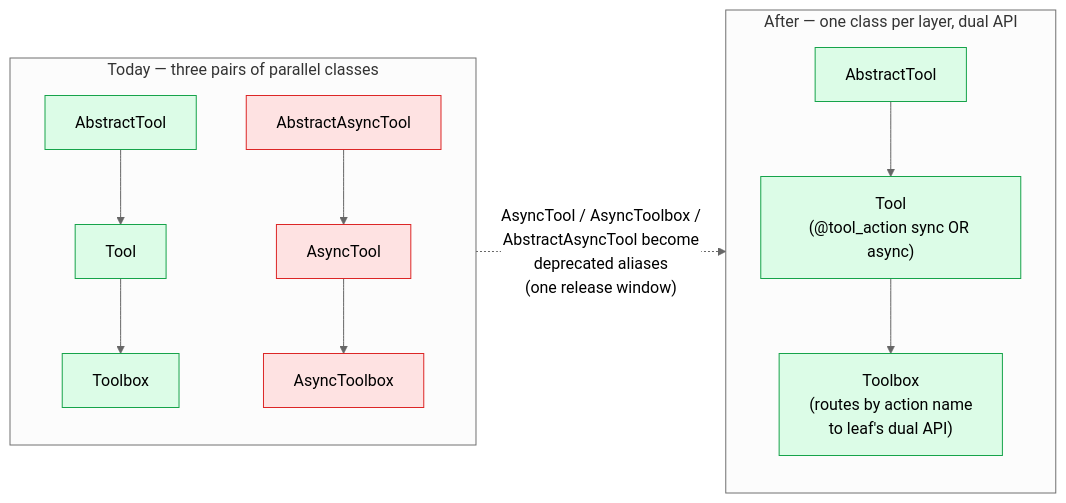
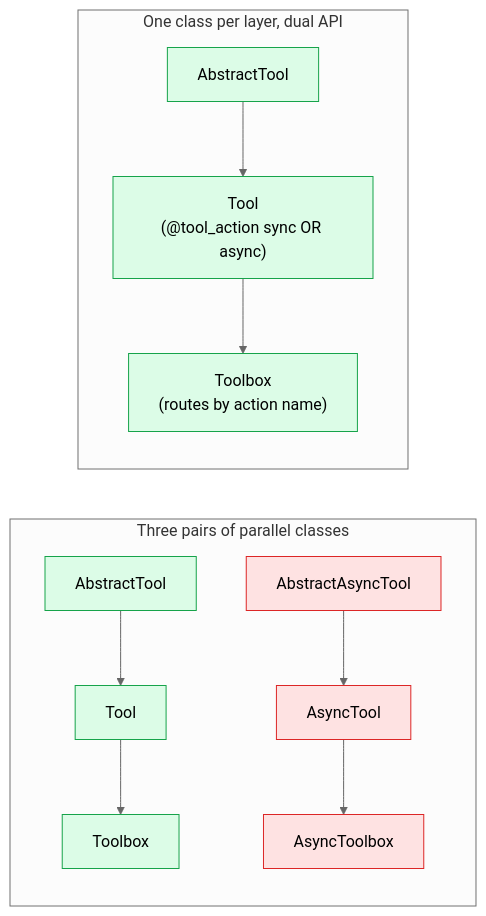
Before and after one commit to The-AI-Alliance/cube-standard: the first of 2 diagrams in openspec/changes/tool-consolidation/proposal.md, drawn with Mermaid (neutral theme). The commit also changed other lines of this file and 6 other files, not shown here.

First line of the commit message:
feat(tool): drop AsyncTool/AsyncToolbox/AbstractAsyncTool — no deprecation window

````diff
--- a/openspec/changes/tool-consolidation/proposal.md
+++ b/openspec/changes/tool-consolidation/proposal.md
@@ -39,28 +39,26 @@
 ```mermaid
 flowchart LR
     classDef gone fill:#fee2e2,stroke:#dc2626
     classDef stay fill:#dcfce7,stroke:#16a34a
 
-    subgraph Today["Today — three pairs of parallel classes"]
+    subgraph Before["Three pairs of parallel classes"]
         TA["AbstractTool"]:::stay
         TB["AbstractAsyncTool"]:::gone
         TC["Tool"]:::stay
         TD["AsyncTool"]:::gone
         TE["Toolbox"]:::stay
         TF["AsyncToolbox"]:::gone
         TA --> TC
         TB --> TD
         TC --> TE
         TD --> TF
     end
 
-    subgraph After["After — one class per layer, dual API"]
+    subgraph After["One class per layer, dual API"]
         AA["AbstractTool"]:::stay
         AB["Tool<br/>(@tool_action sync OR async)"]:::stay
-        AC["Toolbox<br/>(routes by action name<br/>to leaf's dual API)"]:::stay
+        AC["Toolbox<br/>(routes by action name)"]:::stay
         AA --> AB
         AB --> AC
     end
-
-    Today -.->|"AsyncTool / AsyncToolbox /<br/>AbstractAsyncTool become<br/>deprecated aliases<br/>(one release window)"| After
 ```
````
